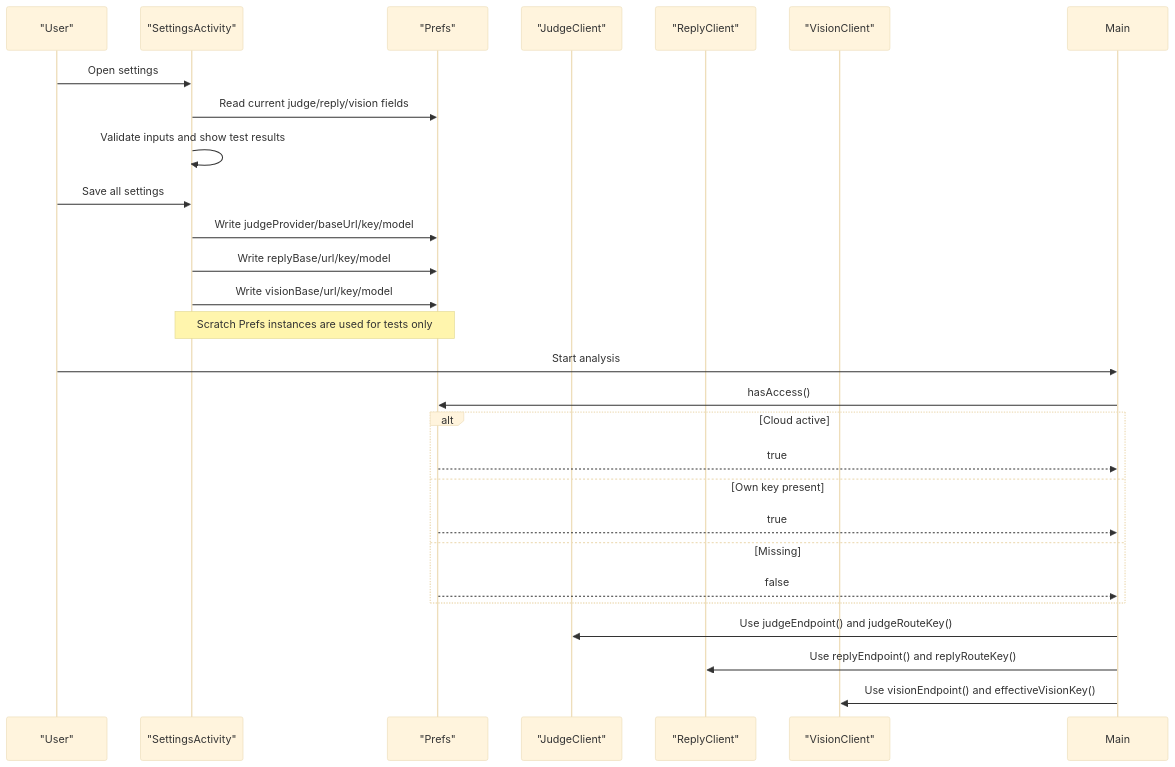
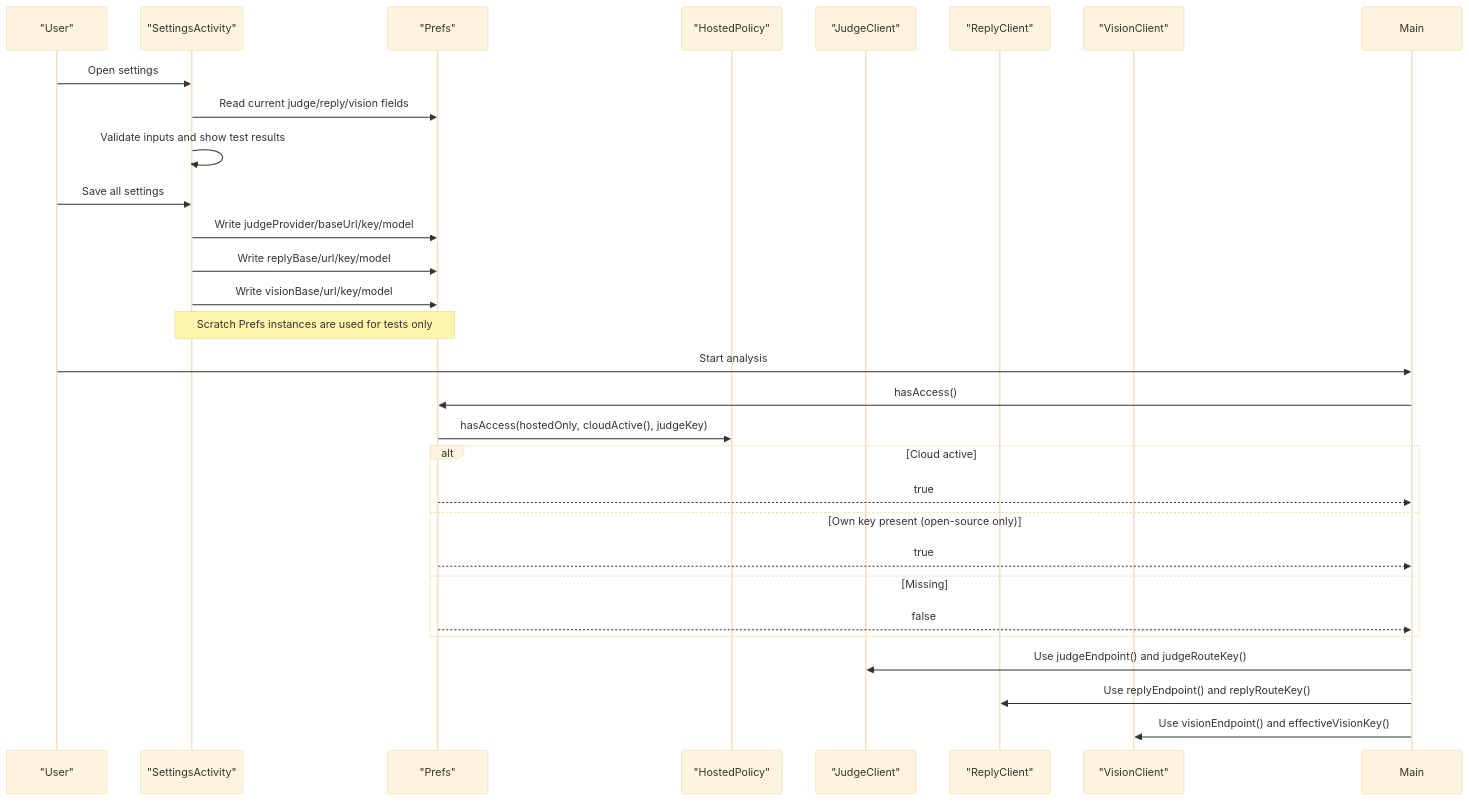
One commit to DeloYong/jev-chat-jarvis changed the second of 9 diagrams in .qoder/repowiki/en/content/Configuration Management.md. Above: the diagram before and after it, drawn with Mermaid (base theme). The commit also changed other lines of this file and 66 other files, not shown here.

````diff
--- a/.qoder/repowiki/en/content/Configuration Management.md
+++ b/.qoder/repowiki/en/content/Configuration Management.md
@@ -100,29 +120,31 @@
 ```mermaid
 sequenceDiagram
 participant User as "User"
 participant Settings as "SettingsActivity"
 participant Prefs as "Prefs"
+participant Policy as "HostedPolicy"
 participant Judge as "JudgeClient"
 participant Reply as "ReplyClient"
 participant Vision as "VisionClient"
 User->>Settings : Open settings
 Settings->>Prefs : Read current judge/reply/vision fields
 Settings->>Settings : Validate inputs and show test results
 User->>Settings : Save all settings
 Settings->>Prefs : Write judgeProvider/baseUrl/key/model
 Settings->>Prefs : Write replyBase/url/key/model
 Settings->>Prefs : Write visionBase/url/key/model
 Note over Settings,Prefs : Scratch Prefs instances are used for tests only
 User->>Main : Start analysis
 Main->>Prefs : hasAccess()
+Prefs->>Policy : hasAccess(hostedOnly, cloudActive(), judgeKey)
 alt Cloud active
 Prefs-->>Main : true
-else Own key present
+else Own key present (open-source only)
 Prefs-->>Main : true
 else Missing
 Prefs-->>Main : false
 end
 Main->>Judge : Use judgeEndpoint() and judgeRouteKey()
 Main->>Reply : Use replyEndpoint() and replyRouteKey()
 Main->>Vision : Use visionEndpoint() and effectiveVisionKey()
 ```
````
